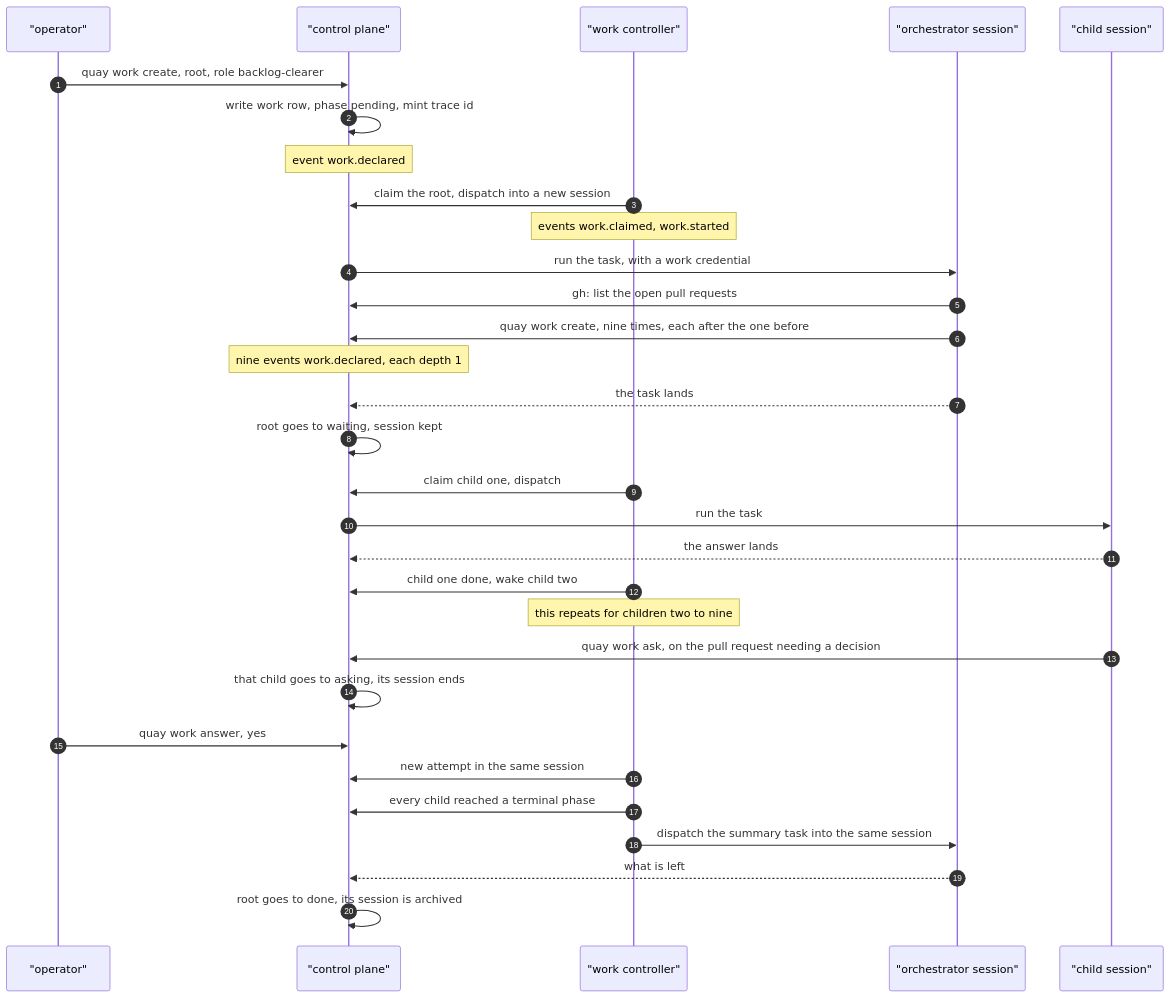
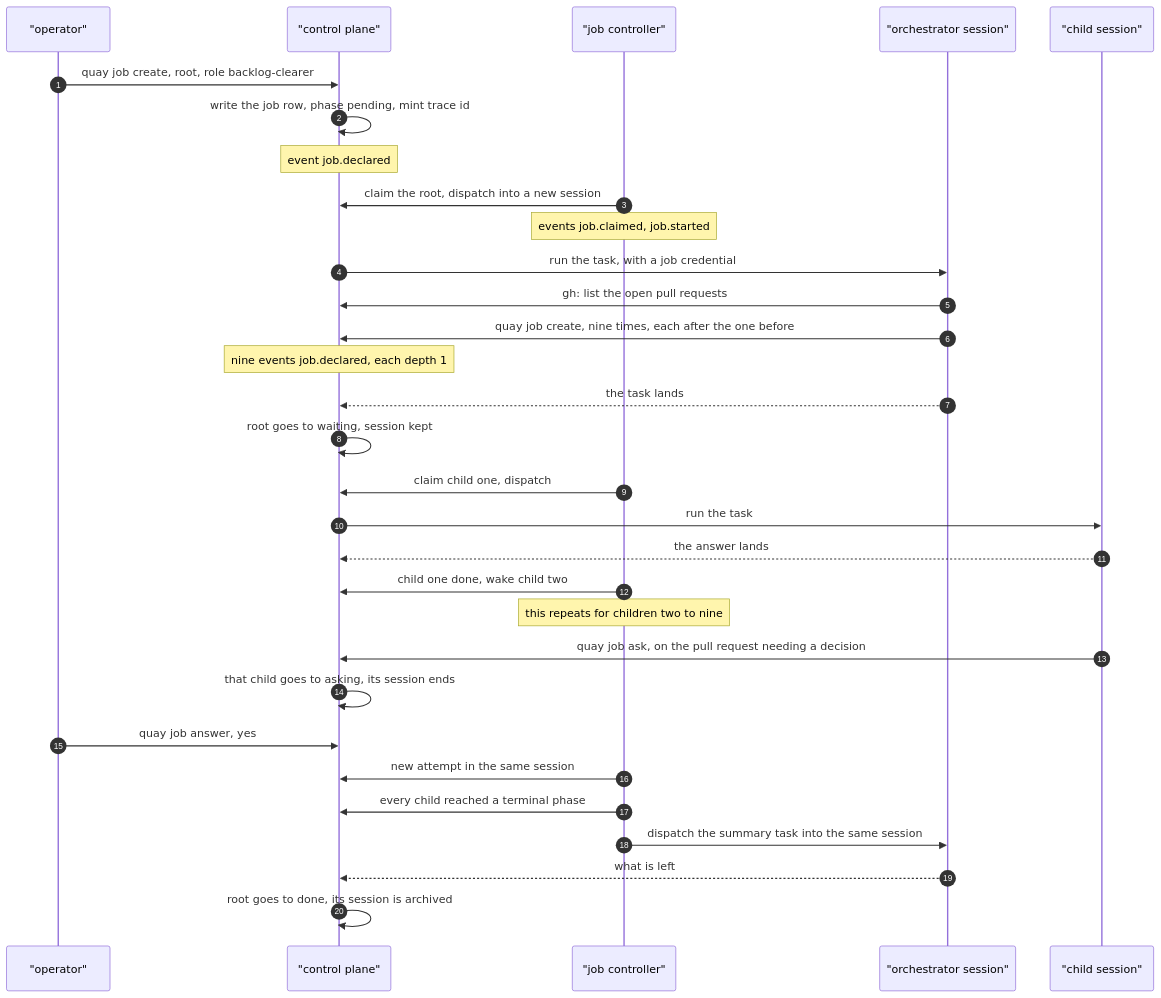
The ninth of 19 diagrams in docs/ORCHESTRATION.md (atlantic-blue/quay-crew), drawn with Mermaid before and after one commit. The commit also changed other lines of this file and 222 other files, not shown here.

Commit message:
refactor: declared intent is a job, not work

````diff
--- a/docs/ORCHESTRATION.md
+++ b/docs/ORCHESTRATION.md
@@ -1523,34 +1523,34 @@
 ```mermaid
 sequenceDiagram
     autonumber
     participant OP as "operator"
     participant CP as "control plane"
-    participant CTL as "work controller"
+    participant CTL as "job controller"
     participant ORCH as "orchestrator session"
     participant KID as "child session"
 
-    OP->>CP: quay work create, root, role backlog-clearer
-    CP->>CP: write work row, phase pending, mint trace id
-    Note over CP: event work.declared
+    OP->>CP: quay job create, root, role backlog-clearer
+    CP->>CP: write the job row, phase pending, mint trace id
+    Note over CP: event job.declared
     CTL->>CP: claim the root, dispatch into a new session
-    Note over CTL: events work.claimed, work.started
-    CP->>ORCH: run the task, with a work credential
+    Note over CTL: events job.claimed, job.started
+    CP->>ORCH: run the task, with a job credential
     ORCH->>CP: gh: list the open pull requests
-    ORCH->>CP: quay work create, nine times, each after the one before
-    Note over CP: nine events work.declared, each depth 1
+    ORCH->>CP: quay job create, nine times, each after the one before
+    Note over CP: nine events job.declared, each depth 1
     ORCH-->>CP: the task lands
     CP->>CP: root goes to waiting, session kept
     CTL->>CP: claim child one, dispatch
     CP->>KID: run the task
     KID-->>CP: the answer lands
     CTL->>CP: child one done, wake child two
     Note over CTL: this repeats for children two to nine
-    KID->>CP: quay work ask, on the pull request needing a decision
+    KID->>CP: quay job ask, on the pull request needing a decision
     CP->>CP: that child goes to asking, its session ends
-    OP->>CP: quay work answer, yes
+    OP->>CP: quay job answer, yes
     CTL->>CP: new attempt in the same session
     CTL->>CP: every child reached a terminal phase
     CTL->>ORCH: dispatch the summary task into the same session
     ORCH-->>CP: what is left
     CP->>CP: root goes to done, its session is archived
 ```
````
